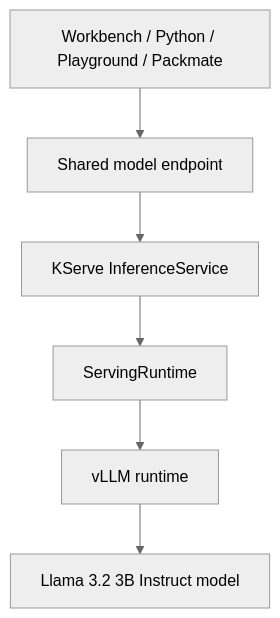
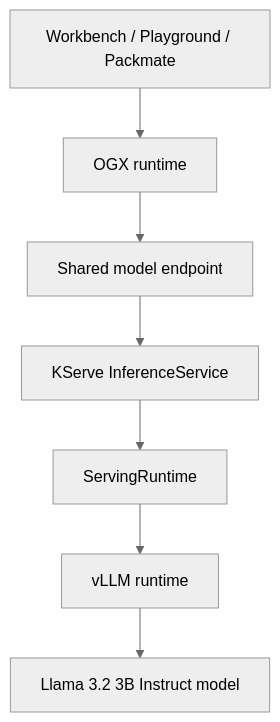
The second of 7 diagrams in workshop/ARCHITECTURE.md (Lindagh1/packmate-rhoai-35-workshop), drawn with Mermaid (neutral theme) before and after one commit. The commit also changed other lines of this file and 14 other files, not shown here.

Commit message:
Migrate Packmate workshop to OGX-native runtime

````diff
--- a/workshop/ARCHITECTURE.md
+++ b/workshop/ARCHITECTURE.md
@@ -44,8 +44,9 @@
 ```mermaid
 flowchart TD
-  UserCode[Workbench / Python / Playground / Packmate] --> Endpoint[Shared model endpoint]
+  UserCode[Workbench / Playground / Packmate] --> OGX[OGX runtime]
+  OGX --> Endpoint[Shared model endpoint]
   Endpoint --> KS[KServe InferenceService]
   KS --> SR[ServingRuntime]
   SR --> V[vLLM runtime]
   V --> L[Llama 3.2 3B Instruct model]
 ```
````
